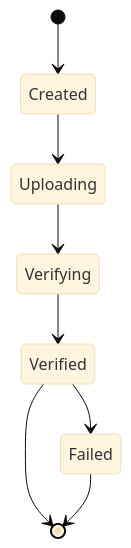
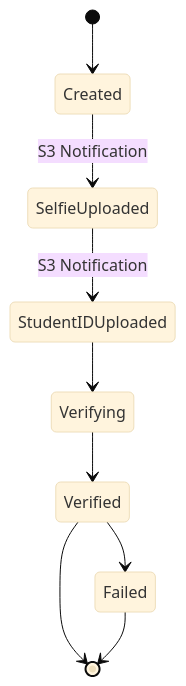
The first of 2 diagrams in docs/API.md (pierre-jezegou/kys), drawn with Mermaid (base theme) before and after one commit.

Commit message:
Update state diagram

````diff
--- a/docs/API.md
+++ b/docs/API.md
@@ -20,10 +20,11 @@
 ```mermaid
 stateDiagram-v2
     [*] --> Created
-    Created --> Uploading
-    Uploading --> Verifying
+    Created --> SelfieUploaded: S3 Notification
+    SelfieUploaded --> StudentIDUploaded: S3 Notification
+    StudentIDUploaded --> Verifying
     Verifying --> Verified
     Verified --> [*]
     Verified --> Failed
     Failed --> [*]
 ```
````
